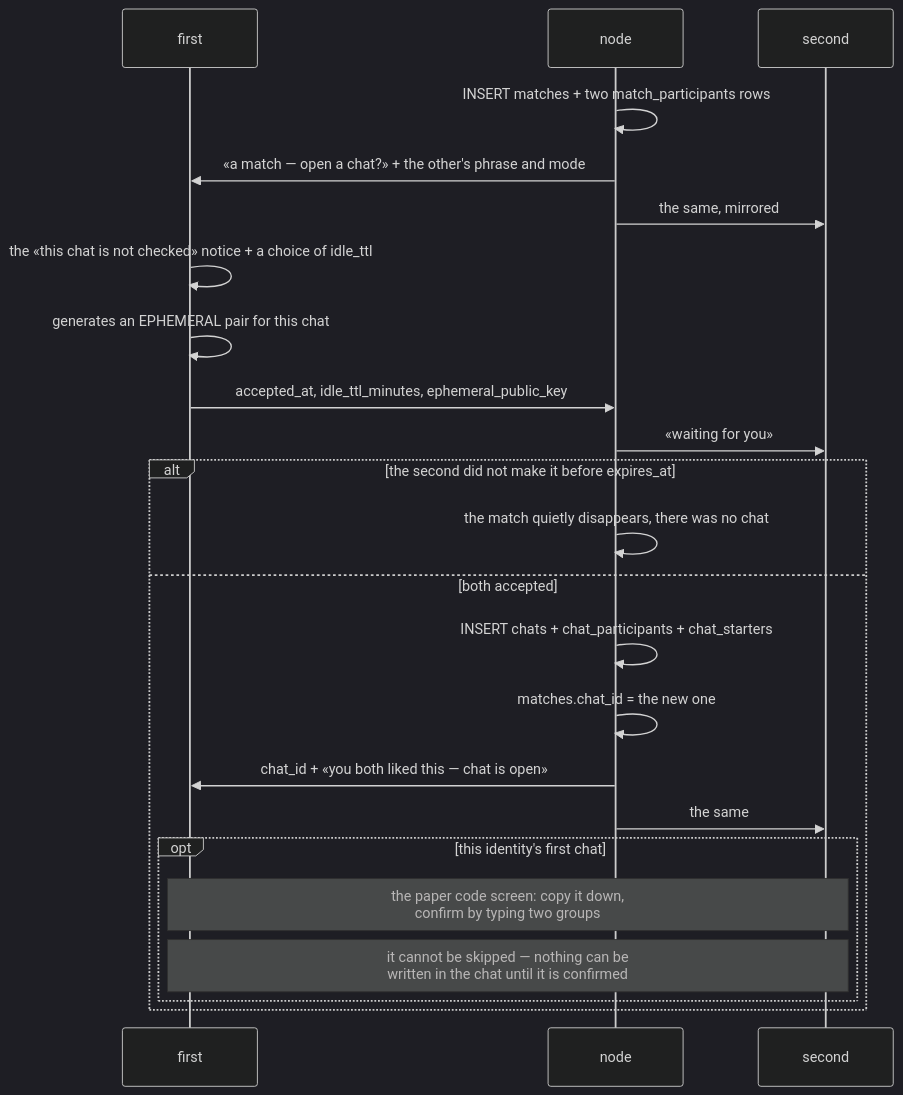
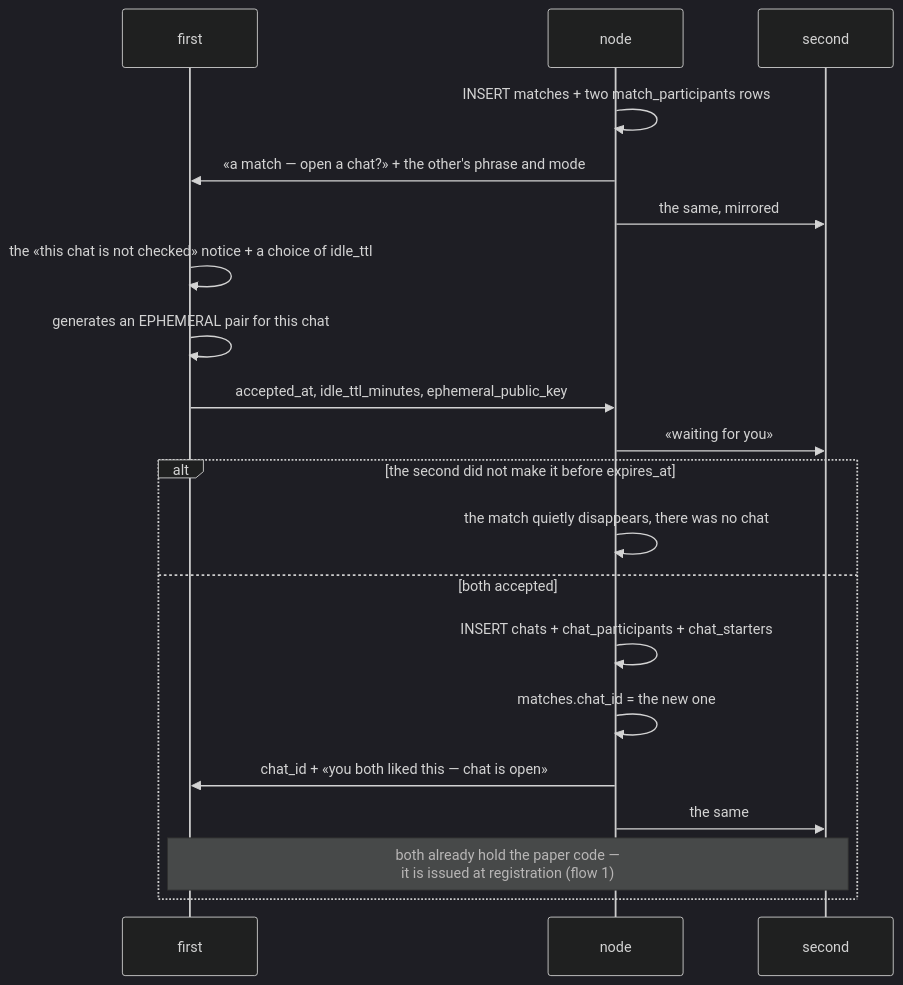
Before and after one commit to panov-id/xor.ad: the tenth of 29 diagrams in docs/chat-flows_EN.md, drawn with Mermaid (dark theme). The commit also changed other lines of this file and 9 other files, not shown here.

First line of the commit message:
Walk every flow against the decisions, and write down what proves them

````diff
--- a/docs/chat-flows_EN.md
+++ b/docs/chat-flows_EN.md
@@ -330,25 +357,22 @@
 ```mermaid
 sequenceDiagram
   participant A as first
   participant N as node
   participant B as second
   N->>N: INSERT matches + two match_participants rows
   N->>A: «a match — open a chat?» + the other's phrase and mode
   N->>B: the same, mirrored
   A->>A: the «this chat is not checked» notice + a choice of idle_ttl
   A->>A: generates an EPHEMERAL pair for this chat
   A->>N: accepted_at, idle_ttl_minutes, ephemeral_public_key
   N->>B: «waiting for you»
   alt the second did not make it before expires_at
     N->>N: the match quietly disappears, there was no chat
   else both accepted
     N->>N: INSERT chats + chat_participants + chat_starters
     N->>N: matches.chat_id = the new one
     N->>A: chat_id + «you both liked this — chat is open»
     N->>B: the same
-    opt this identity's first chat
-      Note over A,B: the paper code screen: copy it down,<br/>confirm by typing two groups
-      Note over A,B: it cannot be skipped — nothing can be<br/>written in the chat until it is confirmed
-    end
+    Note over A,B: both already hold the paper code —<br/>it is issued at registration #40;flow 1#41;
   end
 ```
````
